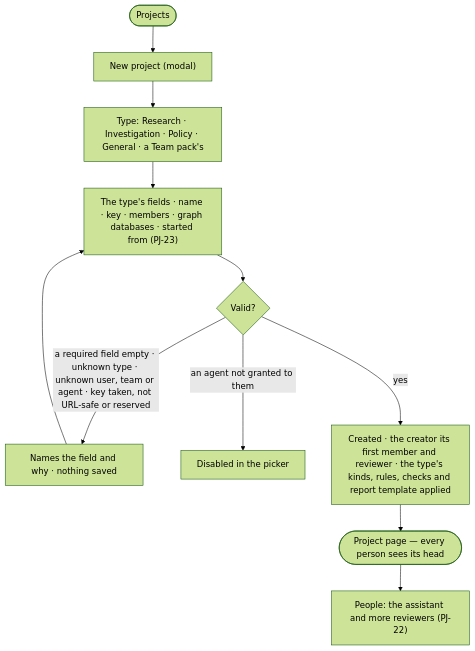
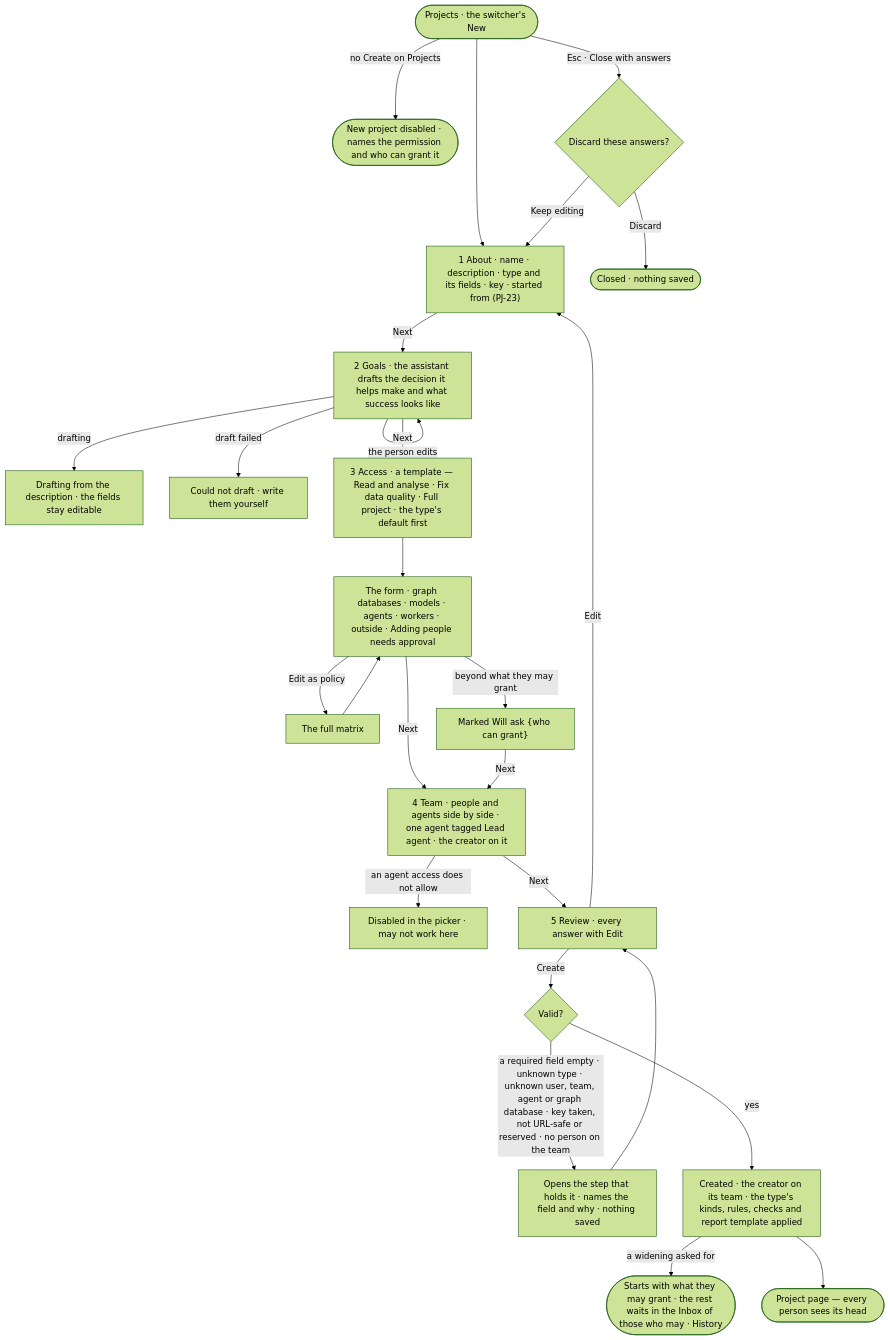
The diagram in specs/capabilities/projects/features/PJ-F01-projects-and-tasks/stories/PJ-02-start-a-project-of-its-type/story.md (invana/invana), drawn with Mermaid (forest theme) before and after one commit. The commit also changed other lines of this file and 106 other files, not shown here.

First line of the commit message:
docs(specs): access policies replace roles; Agents mode; project access

````diff
--- a/specs/capabilities/projects/features/PJ-F01-projects-and-tasks/stories/PJ-02-start-a-project-of-its-type/story.md
+++ b/specs/capabilities/projects/features/PJ-F01-projects-and-tasks/stories/PJ-02-start-a-project-of-its-type/story.md
@@ -30,12 +31,26 @@
 ```mermaid
 flowchart TD
-  s([Projects]) --> n["New project (modal)"]
-  n --> t["Type: Research · Investigation · Policy · General · a Team pack's"]
-  t --> f["The type's fields · name · key · members · graph databases · started from (PJ-23)"]
-  f --> v{"Valid?"}
-  v -->|a required field empty · unknown type · unknown user, team or agent · key taken, not URL-safe or reserved| ref["Names the field and why · nothing saved"] --> f
-  v -->|an agent not granted to them| na["Disabled in the picker"]
-  v -->|yes| g["Created · the creator its first member and reviewer · the type's kinds, rules, checks and report template applied"]
-  g --> pg(["Project page — every person sees its head"])
-  pg --> ppl["People: the assistant and more reviewers (PJ-22)"]
+  s([Projects · the switcher's New]) -->|no Create on Projects| off(["New project disabled · names the permission and who can grant it"])
+  s --> a["1 About · name · description · type and its fields · key · started from (PJ-23)"]
+  a -->|Next| g["2 Goals · the assistant drafts the decision it helps make and what success looks like"]
+  g -->|drafting| gl["Drafting from the description · the fields stay editable"]
+  g -->|draft failed| gf["Could not draft · write them yourself"]
+  g -->|the person edits| g
+  g -->|Next| d["3 Access · a template — Read and analyse · Fix data quality · Full project · the type's default first"]
+  d --> form["The form · graph databases · models · agents · workers · outside · Adding people needs approval"]
+  form -->|Edit as policy| mx["The full matrix"] --> form
+  form -->|beyond what they may grant| askn["Marked Will ask {who can grant}"]
+  form -->|Next| t["4 Team · people and agents side by side · one agent tagged Lead agent · the creator on it"]
+  askn -->|Next| t
+  t -->|an agent access does not allow| na["Disabled in the picker · may not work here"]
+  t -->|Next| r["5 Review · every answer with Edit"]
+  r -->|Edit| a
+  r -->|Create| v{"Valid?"}
+  v -->|a required field empty · unknown type · unknown user, team, agent or graph database · key taken, not URL-safe or reserved · no person on the team| ref["Opens the step that holds it · names the field and why · nothing saved"] --> r
+  v -->|yes| c["Created · the creator on its team · the type's kinds, rules, checks and report template applied"]
+  c -->|a widening asked for| pend(["Starts with what they may grant · the rest waits in the Inbox of those who may · History"])
+  c --> pg(["Project page — every person sees its head"])
+  s -->|Esc · Close with answers| x{"Discard these answers?"}
+  x -->|Keep editing| a
+  x -->|Discard| out(["Closed · nothing saved"])
 ```
````
